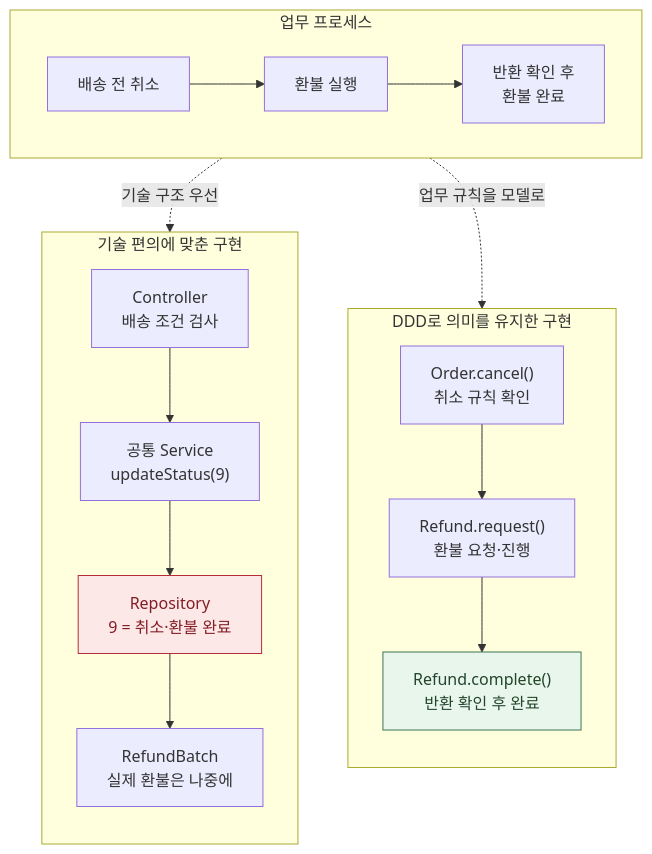
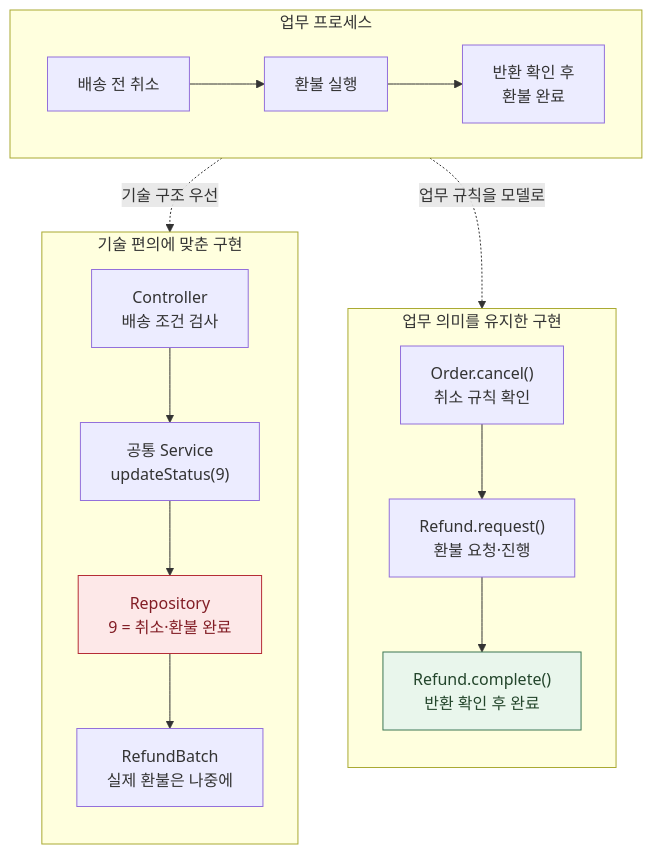
Before and after one commit to haandol/haandol.github.com: the first of 7 diagrams in _posts/2026-11-05-enterprise-wide-ax-essentials.md, drawn with Mermaid. The commit also changed other lines of this file and 3 other files, not shown here.

````diff
--- a/_posts/2026-11-05-enterprise-wide-ax-essentials.md
+++ b/_posts/2026-11-05-enterprise-wide-ax-essentials.md
@@ -45,24 +45,24 @@
 ```mermaid
 flowchart TB
   subgraph B["업무 프로세스"]
     direction LR
     B1["배송 전 취소"] --> B2["환불 실행"] --> B3["반환 확인 후<br/>환불 완료"]
   end
   subgraph T["기술 편의에 맞춘 구현"]
     direction TB
     T1["Controller<br/>배송 조건 검사"] --> T2["공통 Service<br/>updateStatus(9)"]
     T2 --> T3["Repository<br/>9 = 취소·환불 완료"]
     T3 --> T4["RefundBatch<br/>실제 환불은 나중에"]
   end
-  subgraph D["DDD로 의미를 유지한 구현"]
+  subgraph D["업무 의미를 유지한 구현"]
     direction TB
     D1["Order.cancel()<br/>취소 규칙 확인"] --> D2["Refund.request()<br/>환불 요청·진행"]
     D2 --> D3["Refund.complete()<br/>반환 확인 후 완료"]
   end
   B -.->|"기술 구조 우선"| T
   B -.->|"업무 규칙을 모델로"| D
   classDef mismatch fill:#fde8e8,stroke:#b52d36,color:#821d25
   classDef aligned fill:#e9f6ec,stroke:#3c7754,color:#23452b
   class T3 mismatch
   class D3 aligned
 ```
````
